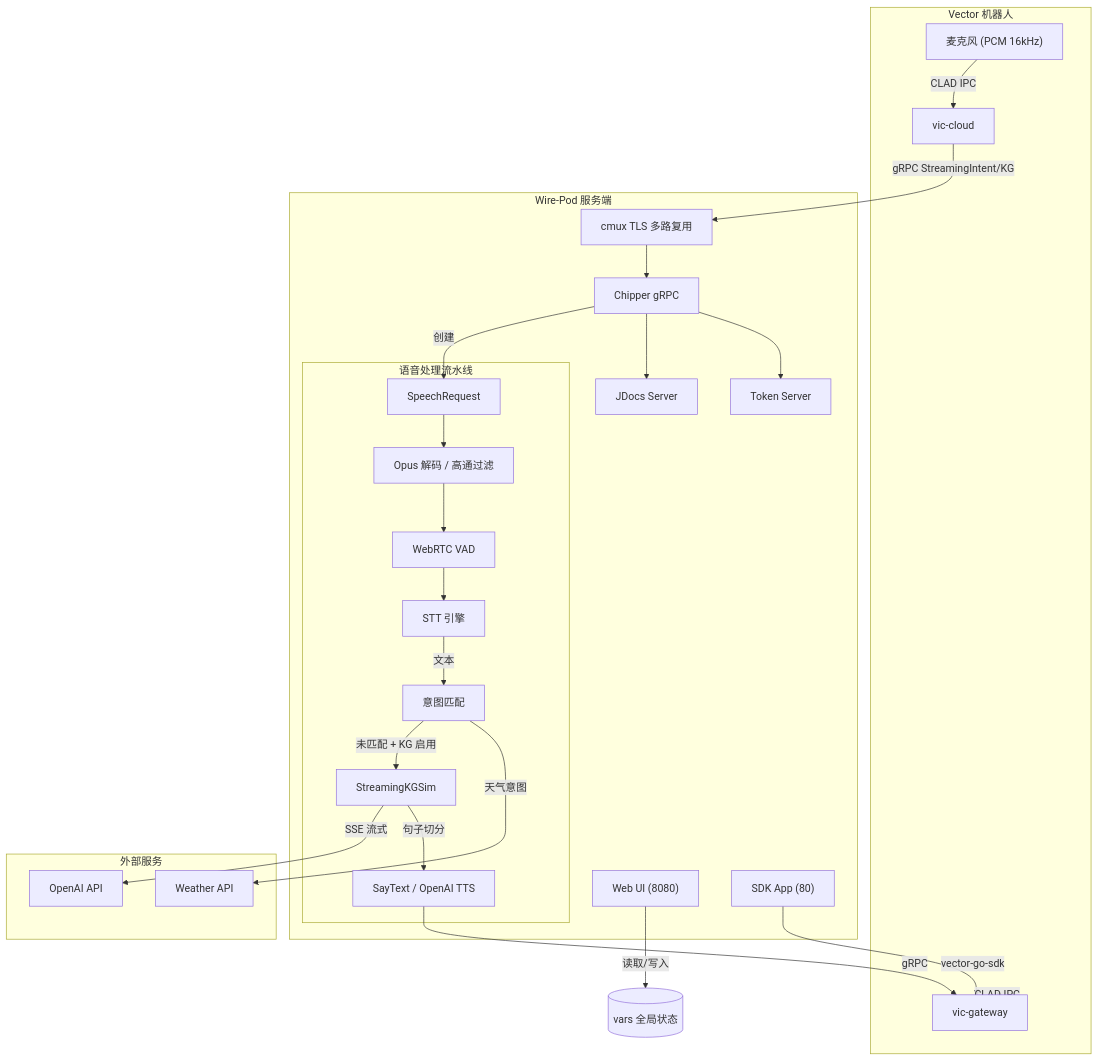
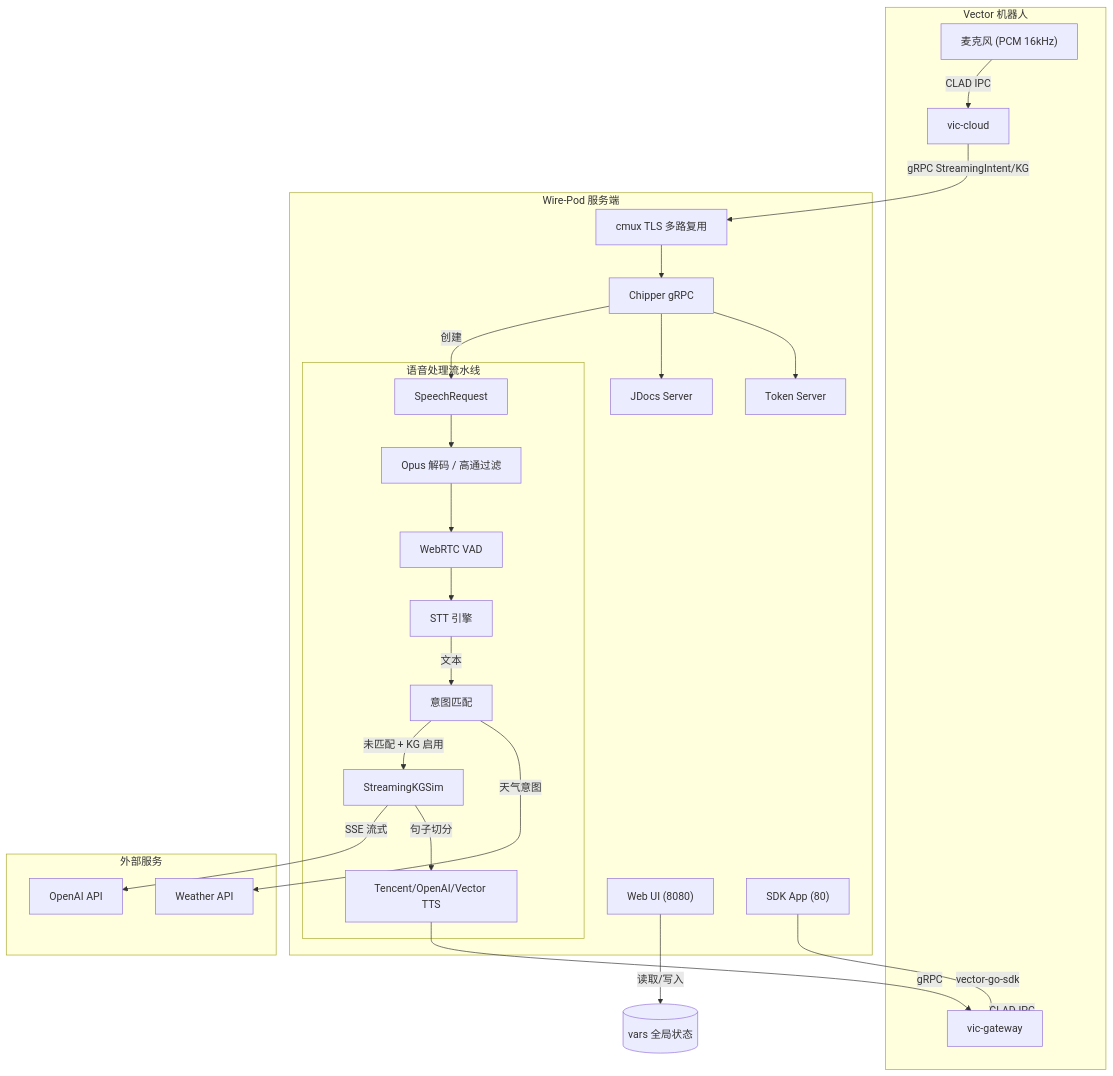
The diagram in doc/ARCHITECTURE.md (hurist/wire-pod), drawn with Mermaid before and after one commit. The commit also changed other lines of this file and 21 other files, not shown here.

````diff
--- a/doc/ARCHITECTURE.md
+++ b/doc/ARCHITECTURE.md
@@ -203,51 +203,51 @@
 ```mermaid
 flowchart TD
     subgraph Robot["Vector 机器人"]
         Mic["麦克风 (PCM 16kHz)"]
         VicCloud["vic-cloud"]
         VicGateway["vic-gateway"]
     end
 
     subgraph WirePod["Wire-Pod 服务端"]
         Cmux["cmux TLS 多路复用"]
         Chipper["Chipper gRPC"]
         JDocs["JDocs Server"]
         Token["Token Server"]
         WebUI["Web UI (8080)"]
         SDKApp["SDK App (80)"]
         
         subgraph VoicePipeline["语音处理流水线"]
             SpeechReq["SpeechRequest"]
             OpusDec["Opus 解码 / 高通过滤"]
             VAD["WebRTC VAD"]
             STT["STT 引擎"]
             IntentMatch["意图匹配"]
             LLM["StreamingKGSim"]
-            TTS["SayText / OpenAI TTS"]
+            TTS["Tencent/OpenAI/Vector TTS"]
         end
     end
 
     subgraph External["外部服务"]
         OpenAI["OpenAI API"]
         Weather["Weather API"]
     end
 
     Mic -->|CLAD IPC| VicCloud
     VicCloud -->|gRPC StreamingIntent/KG| Cmux
     Cmux --> Chipper
     Chipper -->|创建| SpeechReq
     SpeechReq --> OpusDec --> VAD --> STT
     STT -->|文本| IntentMatch
     IntentMatch -->|未匹配 + KG 启用| LLM
     LLM -->|SSE 流式| OpenAI
     LLM -->|句子切分| TTS
     TTS -->|gRPC| VicGateway
     VicGateway -->|CLAD IPC| Robot
     
     WebUI -->|读取/写入| vars[(vars 全局状态)]
     SDKApp -->|vector-go-sdk| VicGateway
     
     Chipper --> JDocs
     Chipper --> Token
     IntentMatch -->|天气意图| Weather
 ```
````
